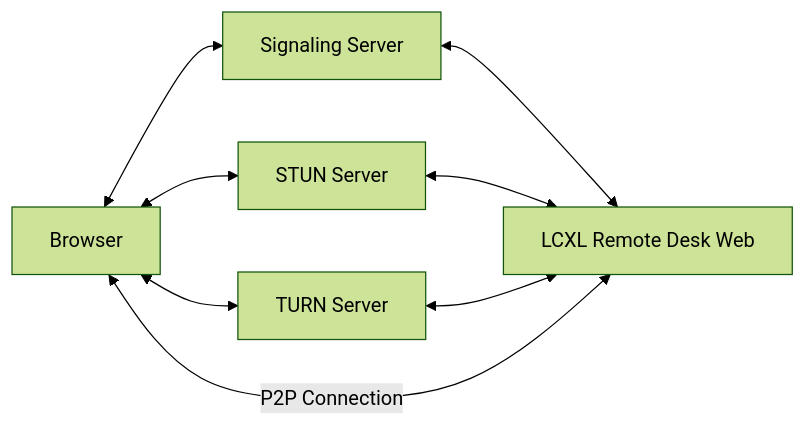
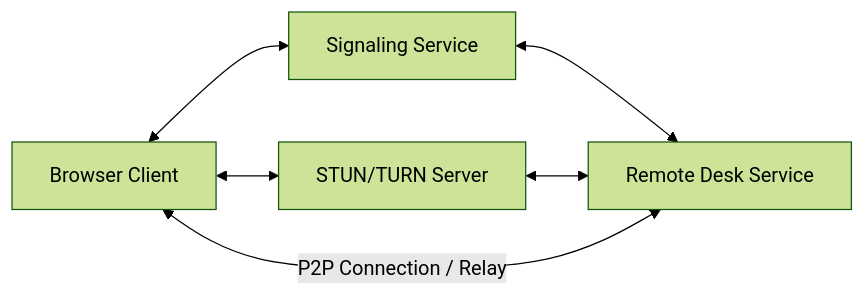
The diagram in README.md (lcxl-remote/lcxl-remote-desk-web), drawn with Mermaid (forest theme) before and after one commit. The commit also changed other lines of this file and 1 other file, not shown here.

````diff
--- a/README.md
+++ b/README.md
@@ -19,8 +42,7 @@
 ```mermaid
 graph LR
-    browser[Browser]<-->SignalingServer[Signaling Server]
-    SignalingServer<-->desk[LCXL Remote Desk Web]
-    browser<-->stun[STUN Server]<-->desk
-    browser<-->turn[TURN Server]<-->desk
-    browser<--P2P Connection-->desk
+    browser[Browser Client]<-->Signaling[Signaling Service]
+    Signaling<-->DeskServer[Remote Desk Service]
+    browser<-->STUN[STUN/TURN Server]<-->DeskServer
+    browser<-- P2P Connection / Relay -->DeskServer
 ```
````
